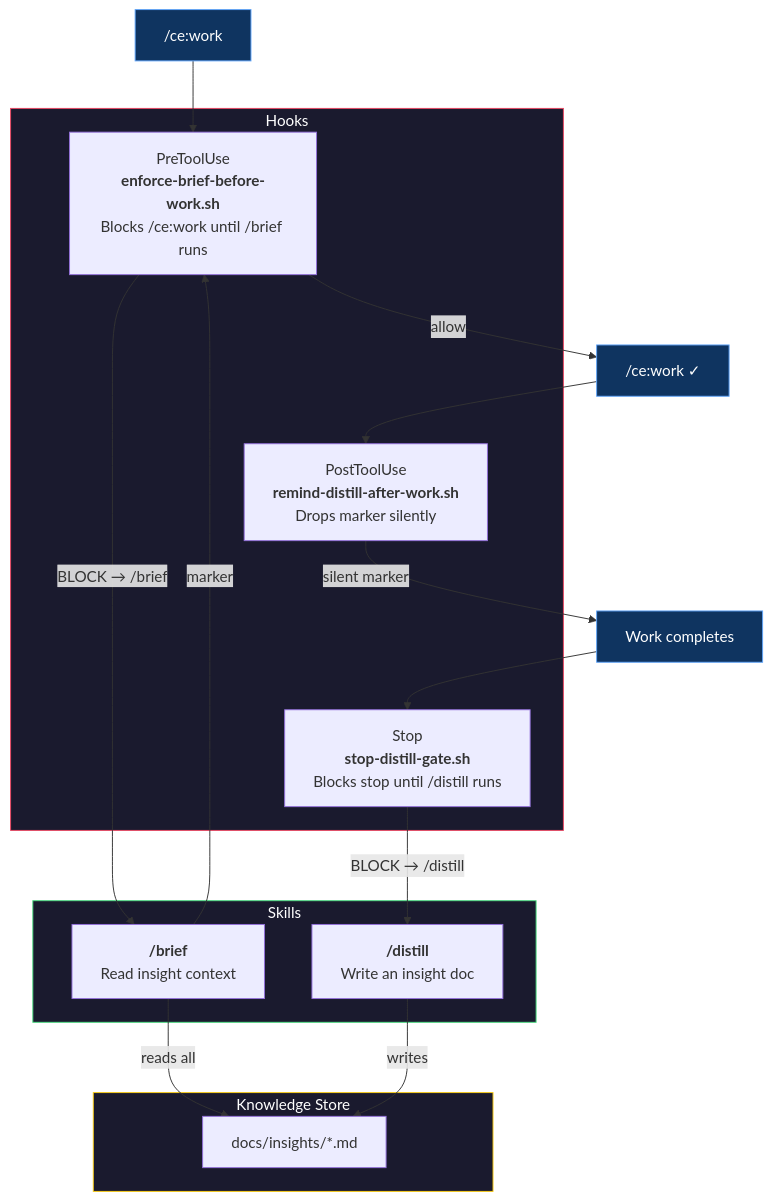
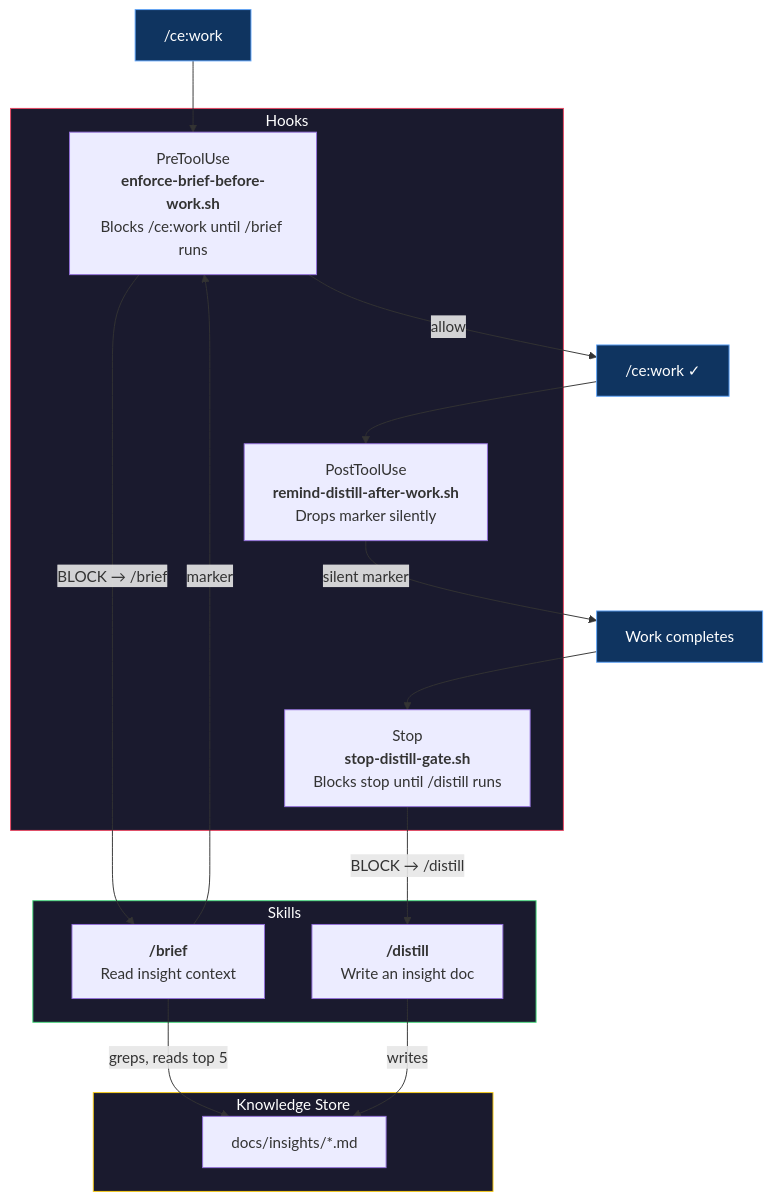
One commit to mbriggsy/ai-learning-journey changed the second of 3 diagrams in projects/skills/distill-and-brief/README.md. Above: the diagram before and after it, drawn with Mermaid. The commit also changed other lines of this file and 37 other files, not shown here.

````diff
--- a/projects/skills/distill-and-brief/README.md
+++ b/projects/skills/distill-and-brief/README.md
@@ -85,36 +85,36 @@
 ```mermaid
 flowchart TB
     subgraph HOOKS ["Hooks"]
         H1["PreToolUse\n<b>enforce-brief-before-work.sh</b>\nBlocks /ce:work until /brief runs"]
         H2["PostToolUse\n<b>remind-distill-after-work.sh</b>\nDrops marker silently"]
         H3["Stop\n<b>stop-distill-gate.sh</b>\nBlocks stop until /distill runs"]
     end
 
     subgraph SKILLS ["Skills"]
         SK1["<b>/distill</b>\nWrite an insight doc"]
         SK2["<b>/brief</b>\nRead insight context"]
     end
 
     subgraph STORE ["Knowledge Store"]
         FS["docs/insights/*.md"]
     end
 
     WORK["/ce:work"] --> H1
     H1 -->|"BLOCK → /brief"| SK2
-    SK2 -->|"reads all"| FS
+    SK2 -->|"greps, reads top 5"| FS
     SK2 -->|"marker"| H1
     H1 -->|"allow"| WORK2["/ce:work ✓"]
 
     WORK2 --> H2
     H2 -->|"silent marker"| DONE["Work completes"]
     DONE --> H3
     H3 -->|"BLOCK → /distill"| SK1
     SK1 -->|"writes"| FS
 
     style HOOKS fill:#1a1a2e,stroke:#e94560,color:#fff
     style SKILLS fill:#1a1a2e,stroke:#4ade80,color:#fff
     style STORE fill:#1a1a2e,stroke:#facc15,color:#fff
     style WORK fill:#0f3460,stroke:#60a5fa,color:#fff
     style WORK2 fill:#0f3460,stroke:#60a5fa,color:#fff
     style DONE fill:#0f3460,stroke:#60a5fa,color:#fff
 ```
````
